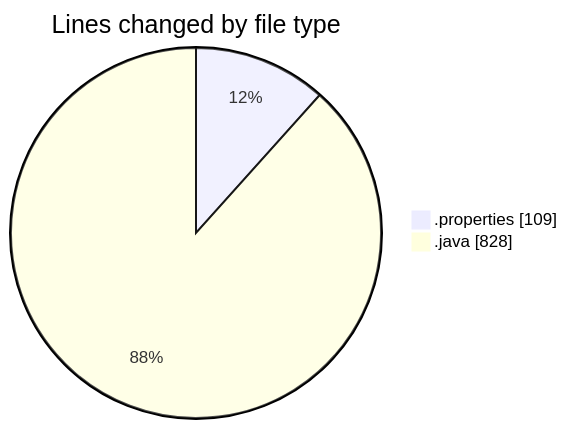
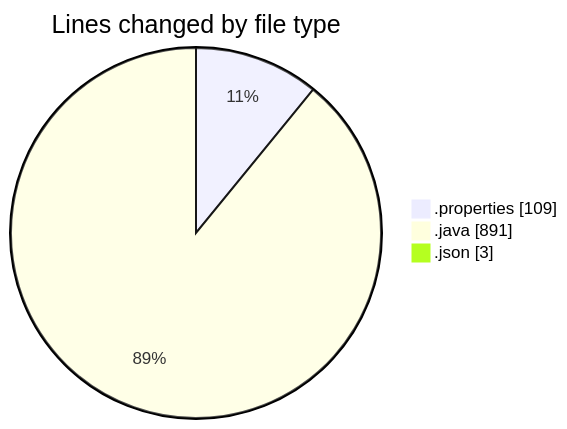
The first of 2 diagrams in 2026-06-09/cilreports__workspace_/README.md (ricardozamudiocil/code-tracking), drawn with Mermaid before and after one commit. The commit also changed other lines of this file and 1 other file, not shown here.

````diff
--- a/2026-06-09/cilreports__workspace_/README.md
+++ b/2026-06-09/cilreports__workspace_/README.md
@@ -24,6 +26,7 @@
 ```mermaid
 pie showData
 title Lines changed by file type
 ".properties" : 109
-".java" : 828
+".java" : 891
+".json" : 3
 ```
````
